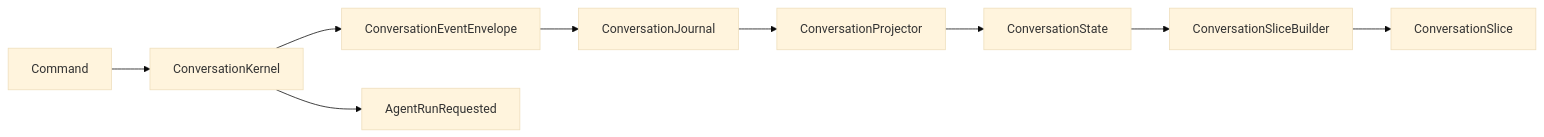
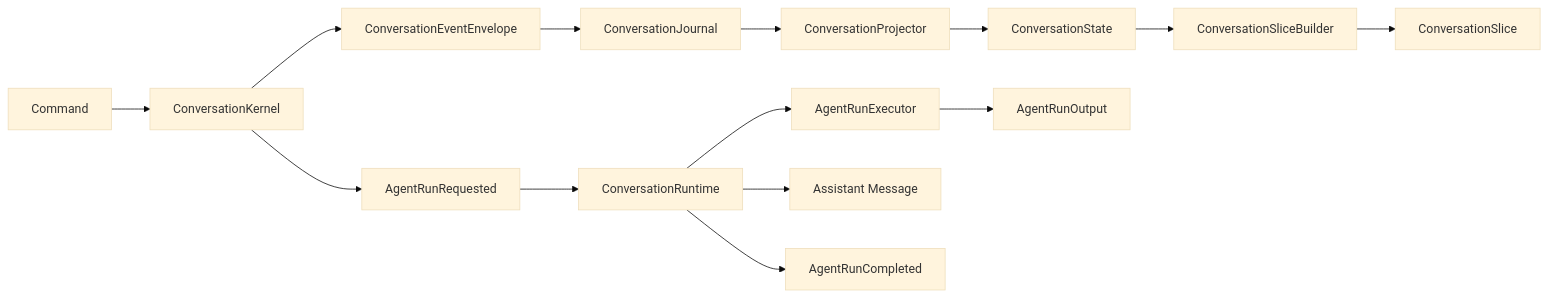
Before and after one commit to duanshiwen/connor-agent-core: the diagram in README.md, drawn with Mermaid (base theme). The commit also changed other lines of this file and 10 other files, not shown here.

Commit message:
Implement conversation runtime for agent run execution and completion

````diff
--- a/README.md
+++ b/README.md
@@ -114,11 +132,16 @@
 ```mermaid
 graph LR
     Command[Command] --> Kernel[ConversationKernel]
     Kernel --> Event[ConversationEventEnvelope]
     Event --> Journal[ConversationJournal]
     Journal --> Projector[ConversationProjector]
     Projector --> State[ConversationState]
     State --> SliceBuilder[ConversationSliceBuilder]
     SliceBuilder --> Slice[ConversationSlice]
     Kernel --> BoundaryEvent[AgentRunRequested]
+    BoundaryEvent --> Runtime[ConversationRuntime]
+    Runtime --> Executor[AgentRunExecutor]
+    Executor --> Output[AgentRunOutput]
+    Runtime --> AssistantMessage[Assistant Message]
+    Runtime --> Completed[AgentRunCompleted]
 ```
````
